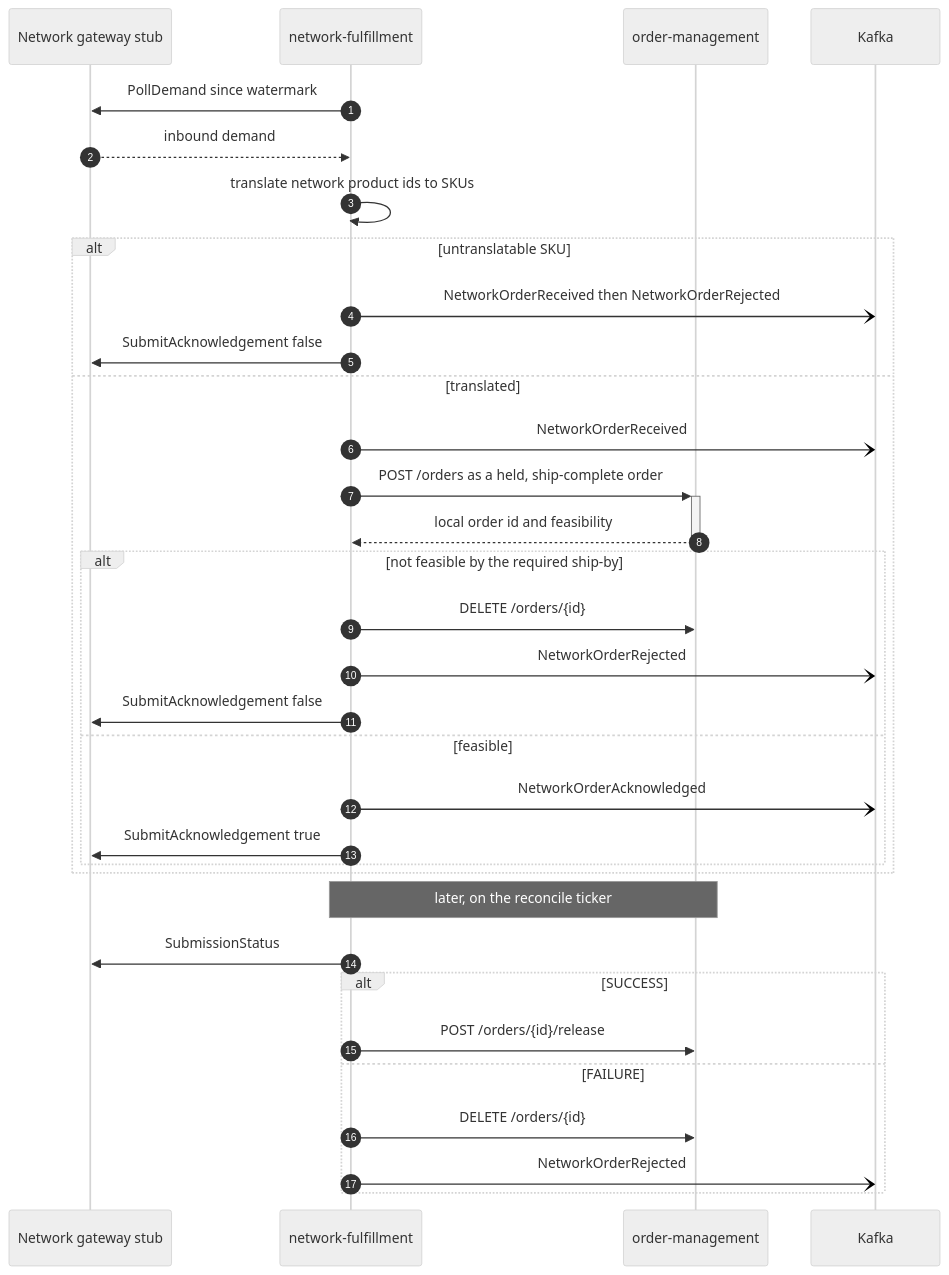
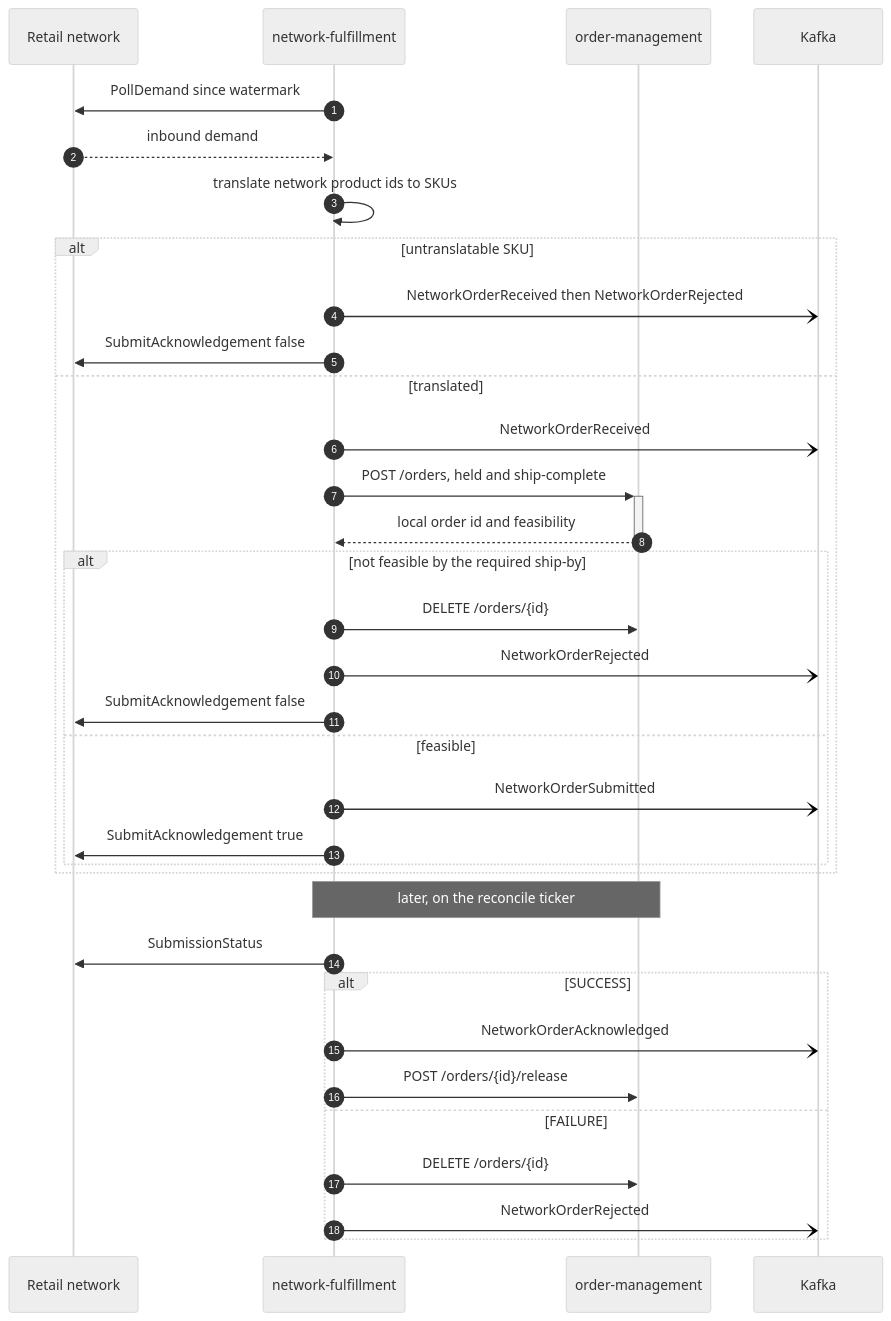
One commit to IQVO/warehouse-docs changed the seventh of 10 diagrams in docs/architecture/runtime-flows.md. Above: the diagram before and after it, drawn with Mermaid (neutral theme). The commit also changed other lines of this file and 2 other files, not shown here.

````diff
--- a/docs/architecture/runtime-flows.md
+++ b/docs/architecture/runtime-flows.md
@@ -325,37 +328,38 @@
 ```mermaid
 sequenceDiagram
     autonumber
-    participant NET as Network gateway stub
+    participant NET as Retail network
     participant NF as network-fulfillment
     participant OM as order-management
     participant K as Kafka
 
     NF->>NET: PollDemand since watermark
     NET-->>NF: inbound demand
     NF->>NF: translate network product ids to SKUs
     alt untranslatable SKU
         NF-)K: NetworkOrderReceived then NetworkOrderRejected
         NF->>NET: SubmitAcknowledgement false
     else translated
         NF-)K: NetworkOrderReceived
-        NF->>+OM: POST /orders as a held, ship-complete order
+        NF->>+OM: POST /orders, held and ship-complete
         OM-->>-NF: local order id and feasibility
         alt not feasible by the required ship-by
             NF->>OM: DELETE /orders/{id}
             NF-)K: NetworkOrderRejected
             NF->>NET: SubmitAcknowledgement false
         else feasible
-            NF-)K: NetworkOrderAcknowledged
+            NF-)K: NetworkOrderSubmitted
             NF->>NET: SubmitAcknowledgement true
         end
     end
 
     Note over NF,OM: later, on the reconcile ticker
     NF->>NET: SubmissionStatus
     alt SUCCESS
+        NF-)K: NetworkOrderAcknowledged
         NF->>OM: POST /orders/{id}/release
     else FAILURE
         NF->>OM: DELETE /orders/{id}
         NF-)K: NetworkOrderRejected
     end
 ```
````
